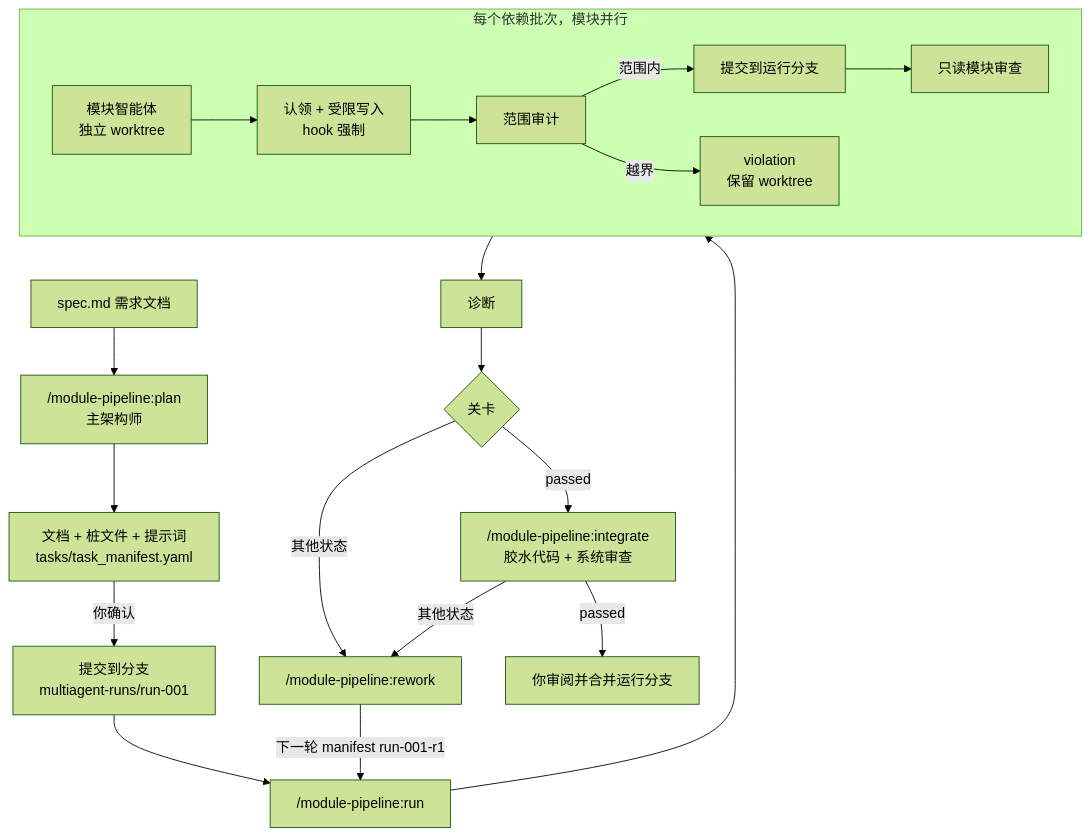
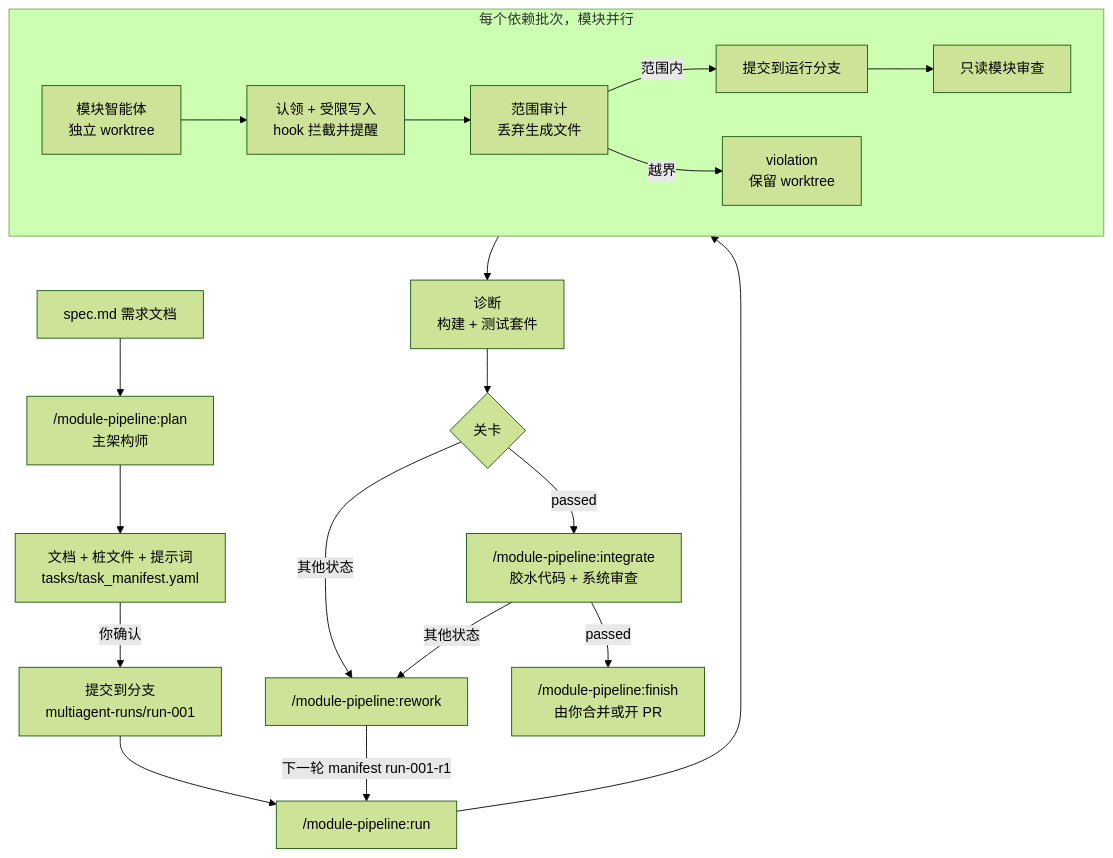
One commit to spardanviro/MultiAgentGameStudio changed the diagram in README.zh-CN.md. Above: the diagram before and after it, drawn with Mermaid (forest theme). The commit also changed other lines of this file and 5 other files, not shown here.

````diff
--- a/README.zh-CN.md
+++ b/README.zh-CN.md
@@ -77,22 +86,22 @@
 ```mermaid
 flowchart TD
     S[spec.md 需求文档] --> P["/module-pipeline:plan<br/>主架构师"]
     P --> M[文档 + 桩文件 + 提示词<br/>tasks/task_manifest.yaml]
     M -->|你确认| B[提交到分支<br/>multiagent-runs/run-001]
     B --> R["/module-pipeline:run"]
     subgraph wave [每个依赖批次，模块并行]
-        I[模块智能体<br/>独立 worktree] --> C[认领 + 受限写入<br/>hook 强制]
-        C --> A[范围审计]
+        I[模块智能体<br/>独立 worktree] --> C[认领 + 受限写入<br/>hook 拦截并提醒]
+        C --> A[范围审计<br/>丢弃生成文件]
         A -->|范围内| K[提交到运行分支]
         A -->|越界| V[violation<br/>保留 worktree]
         K --> RV[只读模块审查]
     end
     R --> wave
-    wave --> D[诊断]
+    wave --> D[诊断<br/>构建 + 测试套件]
     D --> G{关卡}
     G -->|passed| INT["/module-pipeline:integrate<br/>胶水代码 + 系统审查"]
     G -->|其他状态| RW["/module-pipeline:rework"]
-    INT -->|passed| MERGE[你审阅并合并运行分支]
+    INT -->|passed| MERGE["/module-pipeline:finish<br/>由你合并或开 PR"]
     INT -->|其他状态| RW
     RW -->|下一轮 manifest run-001-r1| R
 ```
````
